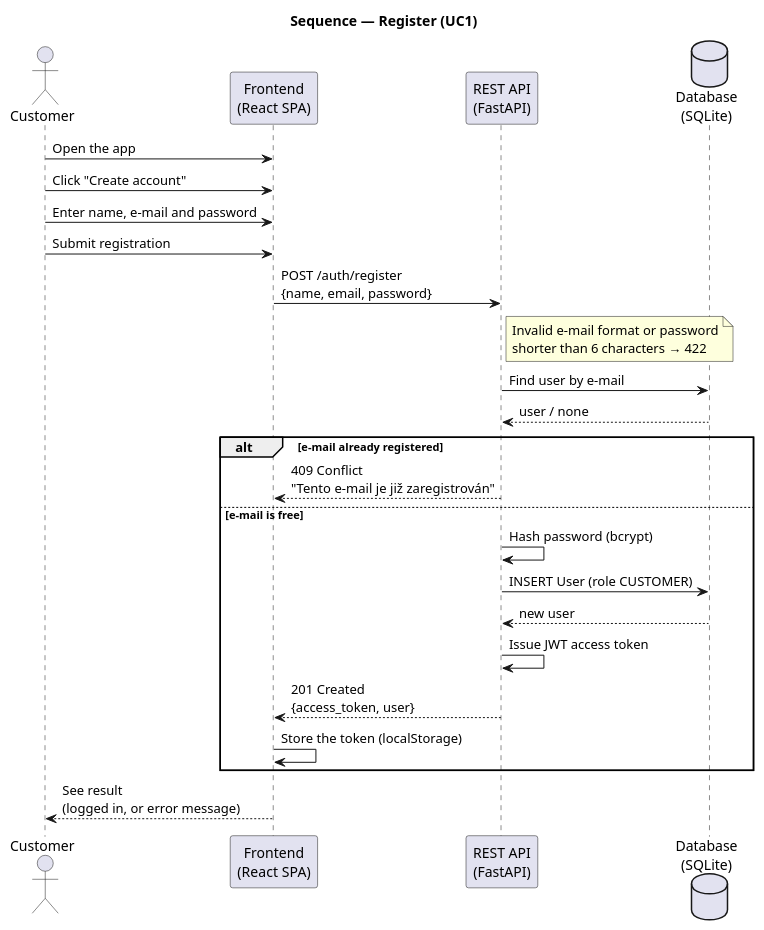
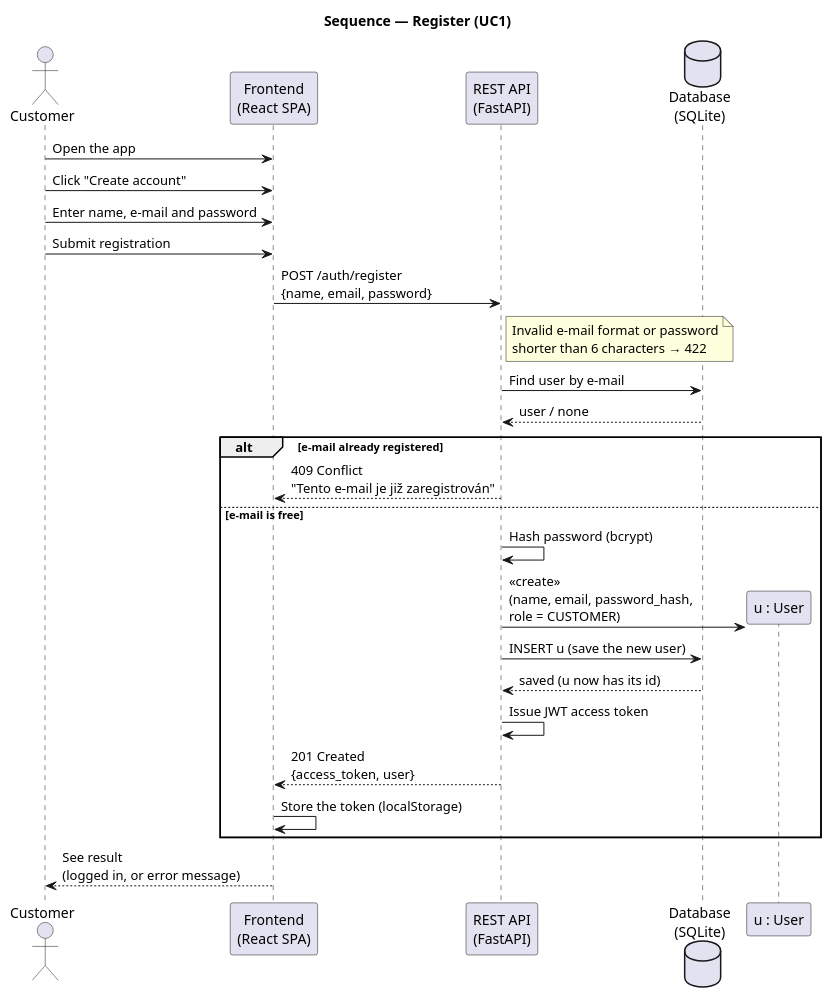
One commit to DavidMagyarics/CarRentalVSB changed the diagram in docs/diagrams/sequence-register.puml. Above: the diagram before and after it, drawn with PlantUML. The commit also changed 2 other files, not shown here.

Commit message:
docs: show object creation (<<create>>) of Reservation, User and Car in the sequence diagrams

```diff
--- a/docs/diagrams/sequence-register.puml
+++ b/docs/diagrams/sequence-register.puml
@@ -1,34 +1,36 @@
 @startuml sequence-register
 skinparam backgroundColor white
 title Sequence — Register (UC1)
 
 actor Customer
 participant "Frontend\n(React SPA)" as FE
 participant "REST API\n(FastAPI)" as API
 database "Database\n(SQLite)" as DB
 
 Customer -> FE: Open the app
 Customer -> FE: Click "Create account"
 Customer -> FE: Enter name, e-mail and password
 Customer -> FE: Submit registration
 FE -> API: POST /auth/register\n{name, email, password}
 note right of API
   Invalid e-mail format or password
   shorter than 6 characters → 422
 end note
 API -> DB: Find user by e-mail
 DB --> API: user / none
 
 alt e-mail already registered
   API --> FE: 409 Conflict\n"Tento e-mail je již zaregistrován"
 else e-mail is free
   API -> API: Hash password (bcrypt)
-  API -> DB: INSERT User (role CUSTOMER)
-  DB --> API: new user
+  create participant "u : User" as U
+  API -> U: <<create>>\n(name, email, password_hash,\nrole = CUSTOMER)
+  API -> DB: INSERT u (save the new user)
+  DB --> API: saved (u now has its id)
   API -> API: Issue JWT access token
   API --> FE: 201 Created\n{access_token, user}
   FE -> FE: Store the token (localStorage)
 end
 
 FE --> Customer: See result\n(logged in, or error message)
 @enduml
```
